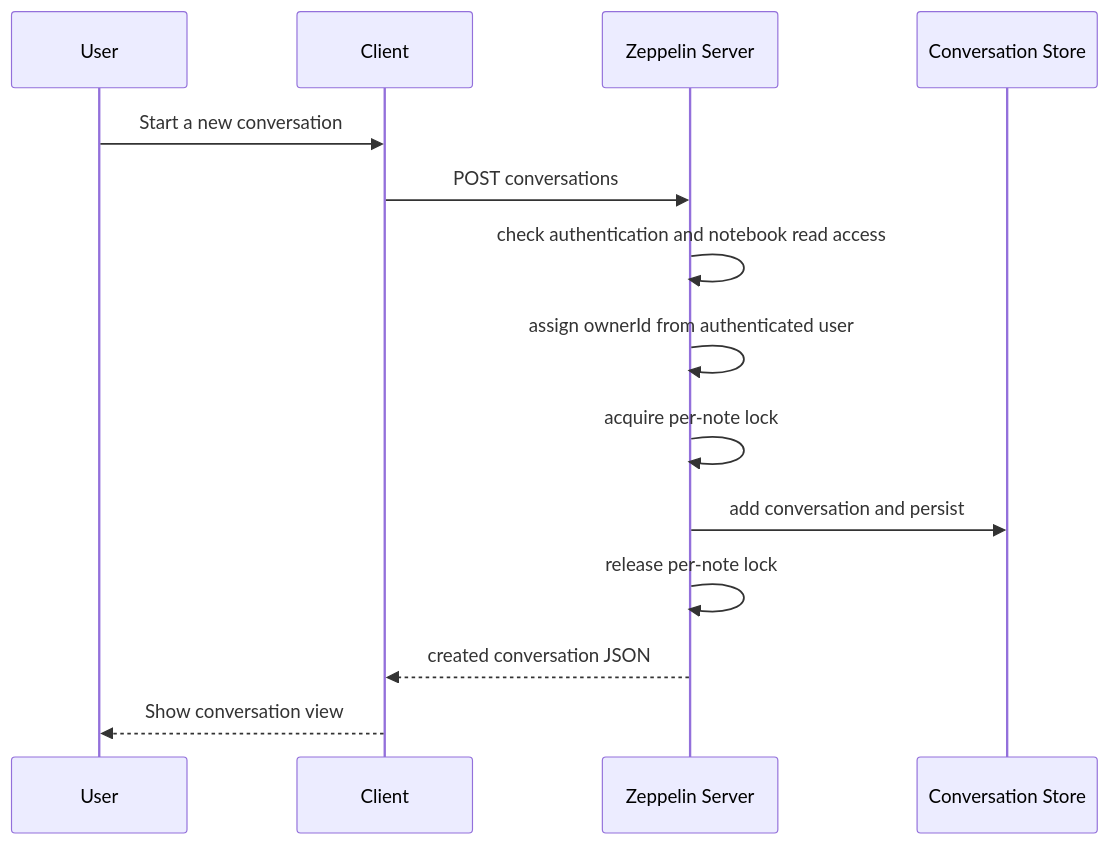
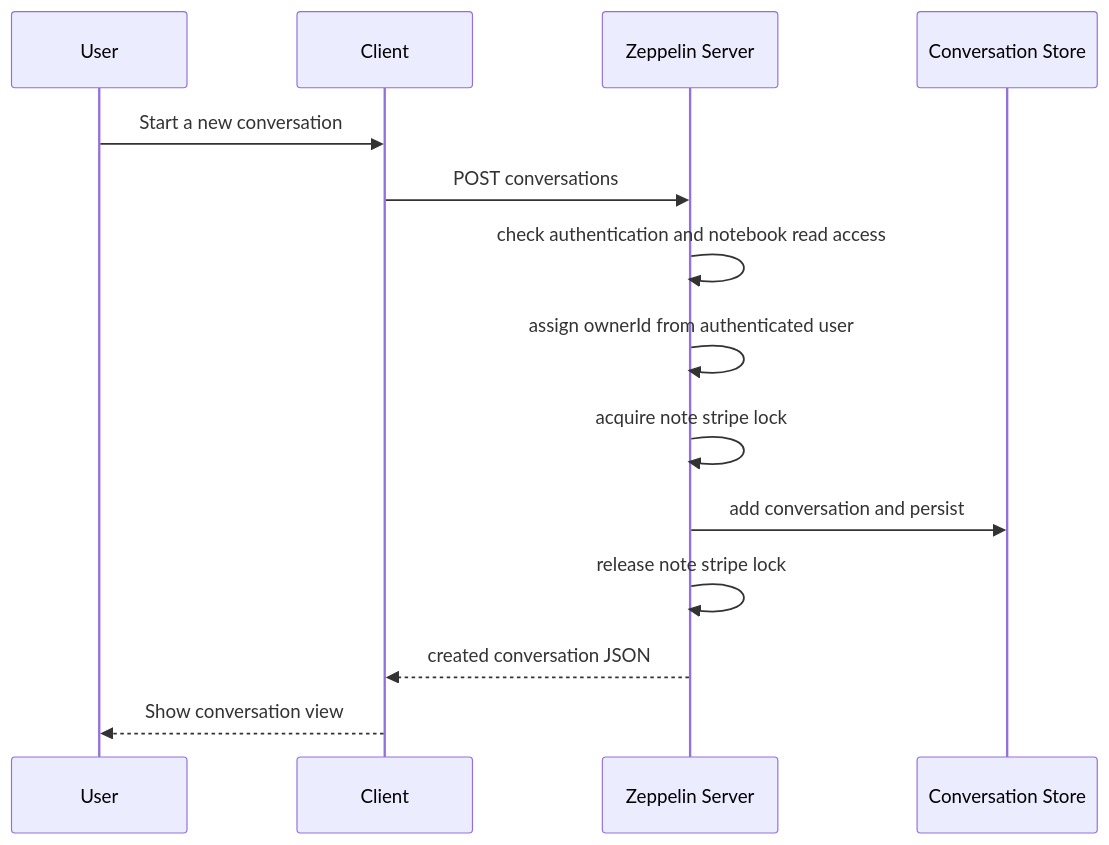
One commit to seung-00/zeppelin changed the first of 3 diagrams in docs/notebook-assistant-ssd.md. Above: the diagram before and after it, drawn with Mermaid. The commit also changed other lines of this file and 22 other files, not shown here.

````diff
--- a/docs/notebook-assistant-ssd.md
+++ b/docs/notebook-assistant-ssd.md
@@ -224,17 +255,17 @@
 ```mermaid
 sequenceDiagram
     participant U as User
     participant C as Client
     participant S as Zeppelin Server
     participant D as Conversation Store
 
     U->>C: Start a new conversation
     C->>S: POST conversations
     S->>S: check authentication and notebook read access
     S->>S: assign ownerId from authenticated user
-    S->>S: acquire per-note lock
+    S->>S: acquire note stripe lock
     S->>D: add conversation and persist
-    S->>S: release per-note lock
+    S->>S: release note stripe lock
     S-->>C: created conversation JSON
     C-->>U: Show conversation view
 ```
````
